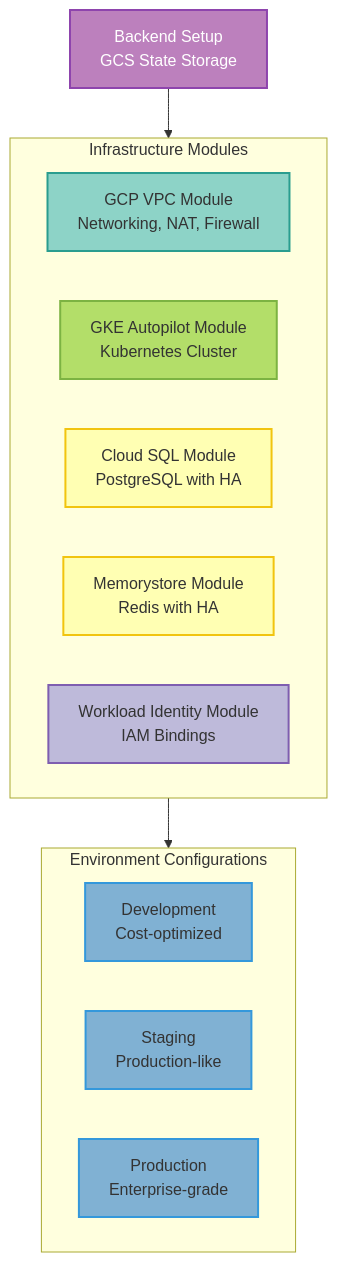
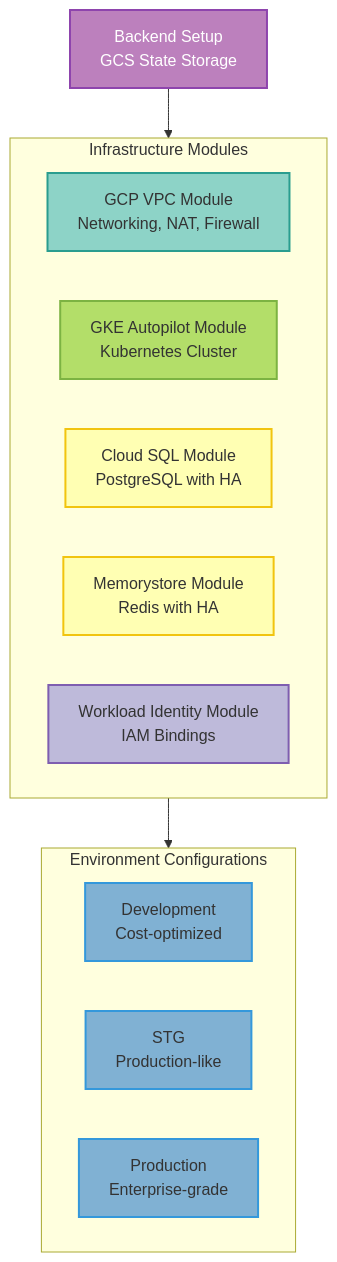
The diagram in docs/deployment/infrastructure/terraform-gcp.mdx (vishnu2kmohan/mcp-server-langgraph), drawn with Mermaid before and after one commit. The commit also changed other lines of this file and 500 other files, not shown here.

First line of the commit message:
refactor(infra): standardize environment naming to dev/stg/prod

````diff
--- a/docs/deployment/infrastructure/terraform-gcp.mdx
+++ b/docs/deployment/infrastructure/terraform-gcp.mdx
@@ -31,36 +31,36 @@
 ```mermaid
 flowchart TB
     Backend[Backend Setup<br/>GCS State Storage]
 
     subgraph Infrastructure[Infrastructure Modules]
         VPC[GCP VPC Module<br/>Networking, NAT, Firewall]
         GKE[GKE Autopilot Module<br/>Kubernetes Cluster]
         SQL[Cloud SQL Module<br/>PostgreSQL with HA]
         Redis[Memorystore Module<br/>Redis with HA]
         WI[Workload Identity Module<br/>IAM Bindings]
     end
 
     subgraph Environments[Environment Configurations]
         Dev[Development<br/>Cost-optimized]
-        Staging[Staging<br/>Production-like]
+        STG[STG<br/>Production-like]
         Prod[Production<br/>Enterprise-grade]
     end
 
     Backend --> Infrastructure
     Infrastructure --> Environments
 
     %% ColorBrewer2 Set3 palette - each component type uniquely colored
     classDef backendStyle fill:#bc80bd,stroke:#8e44ad,stroke-width:2px,color:#fff
     classDef networkStyle fill:#8dd3c7,stroke:#2a9d8f,stroke-width:2px,color:#333
     classDef clusterStyle fill:#b3de69,stroke:#7cb342,stroke-width:2px,color:#333
     classDef dataStyle fill:#ffffb3,stroke:#f1c40f,stroke-width:2px,color:#333
     classDef authStyle fill:#bebada,stroke:#7e5eb0,stroke-width:2px,color:#333
     classDef envStyle fill:#80b1d3,stroke:#3498db,stroke-width:2px,color:#333
 
     class Backend backendStyle
     class VPC networkStyle
     class GKE clusterStyle
     class SQL,Redis dataStyle
     class WI authStyle
-    class Dev,Staging,Prod envStyle
+    class Dev,STG,Prod envStyle
 ```
````
